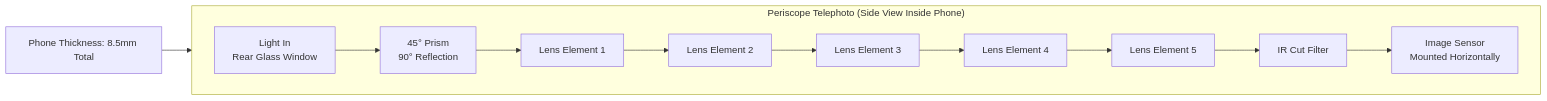
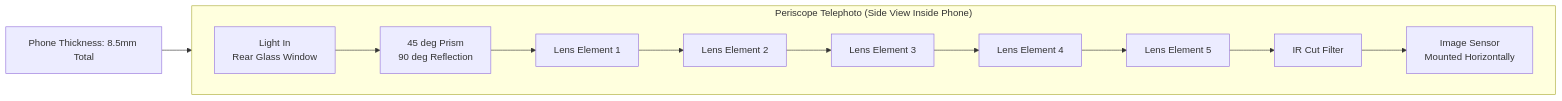
One commit to zoozooll/AndroidCameraParameters changed the sixth of 7 diagrams in website/docs/camera2/what-can-modern-smartphone-cameras-do.md. Above: the diagram before and after it, drawn with Mermaid. The commit also changed other lines of this file and 378 other files, not shown here.

````diff
--- a/website/docs/camera2/what-can-modern-smartphone-cameras-do.md
+++ b/website/docs/camera2/what-can-modern-smartphone-cameras-do.md
@@ -171,15 +171,15 @@
 ```mermaid
 graph LR
     subgraph "Periscope Telephoto (Side View Inside Phone)"
         direction LR
-        A[Light In\nRear Glass Window] --> B[45° Prism\n90° Reflection]
-        B --> C[Lens Element 1]
-        C --> D[Lens Element 2]
-        D --> E[Lens Element 3]
-        E --> F[Lens Element 4]
-        F --> G[Lens Element 5]
-        G --> H[IR Cut Filter]
-        H --> I[Image Sensor\nMounted Horizontally]
+        A["Light In<br/>Rear Glass Window"] --> B["45 deg Prism<br/>90 deg Reflection"]
+        B --> C["Lens Element 1"]
+        C --> D["Lens Element 2"]
+        D --> E["Lens Element 3"]
+        E --> F["Lens Element 4"]
+        F --> G["Lens Element 5"]
+        G --> H["IR Cut Filter"]
+        H --> I["Image Sensor<br/>Mounted Horizontally"]
     end
-    J[Phone Thickness: 8.5mm Total] --> B
+    J["Phone Thickness: 8.5mm Total"] --> B
 ```
````
